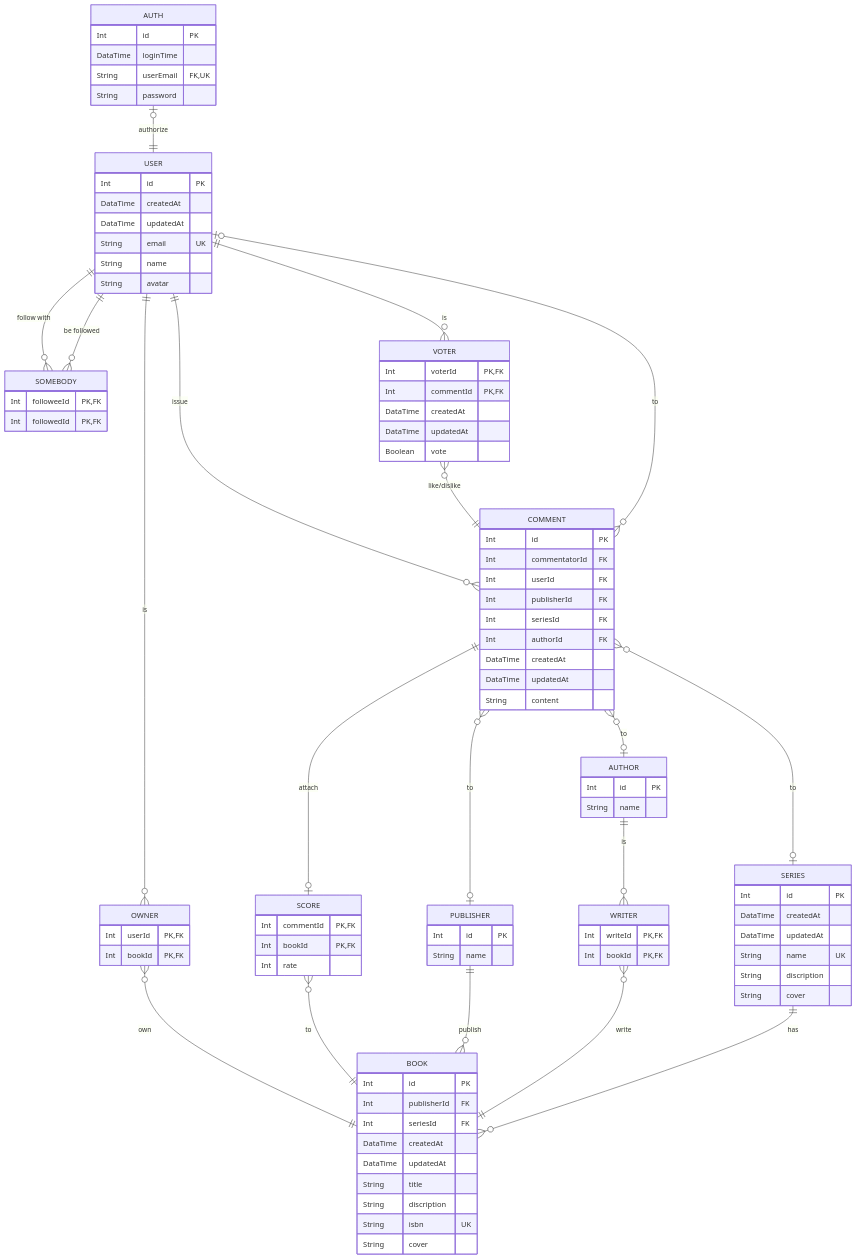
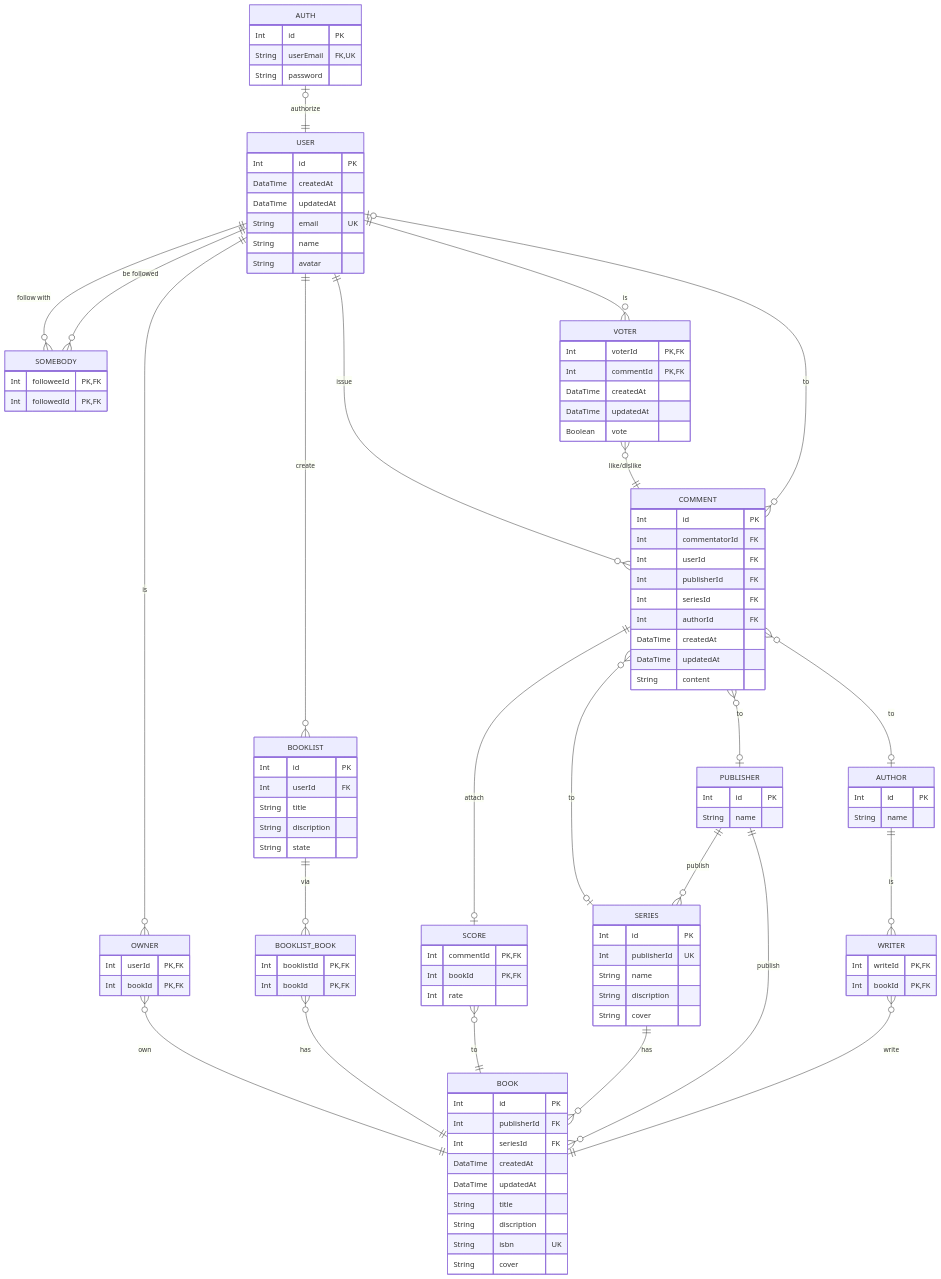
One commit to mogeko/book-exchange changed the diagram in packages/database/README.md. Above: the diagram before and after it, drawn with Mermaid. The commit also changed 4 other files, not shown here.

```diff
--- a/packages/database/README.md
+++ b/packages/database/README.md
@@ -67,12 +67,12 @@
 erDiagram
   AUTH |o--|| USER : authorize
   AUTH {
-    Int      id        PK
-    DataTime loginTime
-    String   userEmail FK, UK
-    String   password
+    Int    id        PK
+    String userEmail FK, UK
+    String password
   }
   USER ||--o{ OWNER    : is
+  USER ||--o{ BOOKLIST : create
   USER ||--o{ SOMEBODY : "follow with"
   USER ||--o{ COMMENT  : issue
   USER ||--o{ VOTER    : is
@@ -86,13 +86,26 @@
   }
   OWNER }o--|| BOOK : own
   OWNER {
-    Int     userId    PK, FK
-    Int     bookId    PK, FK
+    Int userId PK, FK
+    Int bookId PK, FK
+  }
+  BOOKLIST ||--o{ BOOKLIST_BOOK : via
+  BOOKLIST {
+    Int    id     PK
+    Int    userId FK
+    String title
+    String discription
+    String state
+  }
+  BOOKLIST_BOOK }o--|| BOOK : has
+  BOOKLIST_BOOK {
+    Int booklistId PK, FK
+    Int bookId     PK, FK
   }
   SOMEBODY }o--|| USER : "be followed"
   SOMEBODY {
-    Int     followeeId PK, FK
-    Int     followedId PK, FK
+    Int followeeId PK, FK
+    Int followedId PK, FK
   }
   VOTER }o--|| COMMENT : "like/dislike"
   VOTER {
@@ -124,7 +137,16 @@
     Int bookId    PK, FK
     Int rate
   }
-  PUBLISHER ||--o{ BOOK : publish
+  SERIES ||--o{ BOOK : has
+  SERIES {
+    Int      id          PK
+    Int      publisherId UK
+    String   name
+    String   discription
+    String   cover
+  }
+  PUBLISHER ||--o{ BOOK   : publish
+  PUBLISHER ||--o{ SERIES : publish
   PUBLISHER {
     Int    id   PK
     String name
@@ -139,15 +161,6 @@
     Int writeId PK, FK
     Int bookId  PK, FK
   }
-  SERIES ||--o{ BOOK : has
-  SERIES {
-    Int      id          PK
-    DataTime createdAt
-    DataTime updatedAt
-    String   name        UK
-    String   discription
-    String   cover
-  }
   BOOK {
     Int      id          PK
     Int      publisherId FK
```
